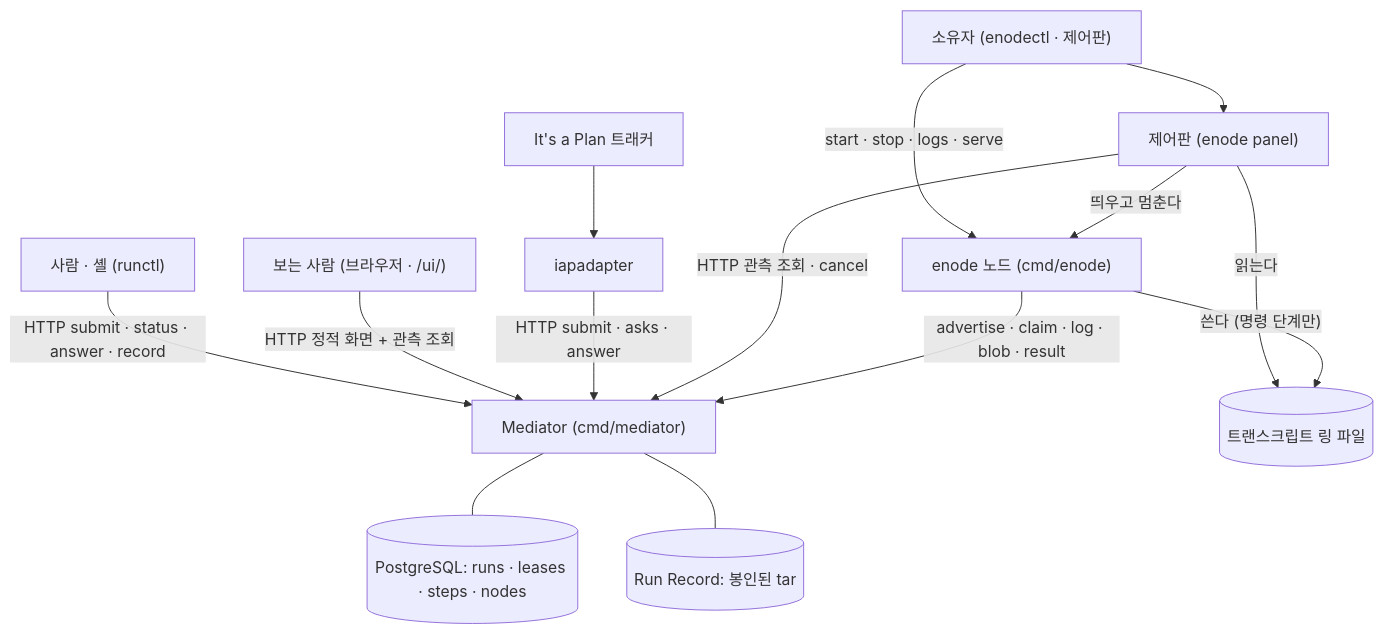
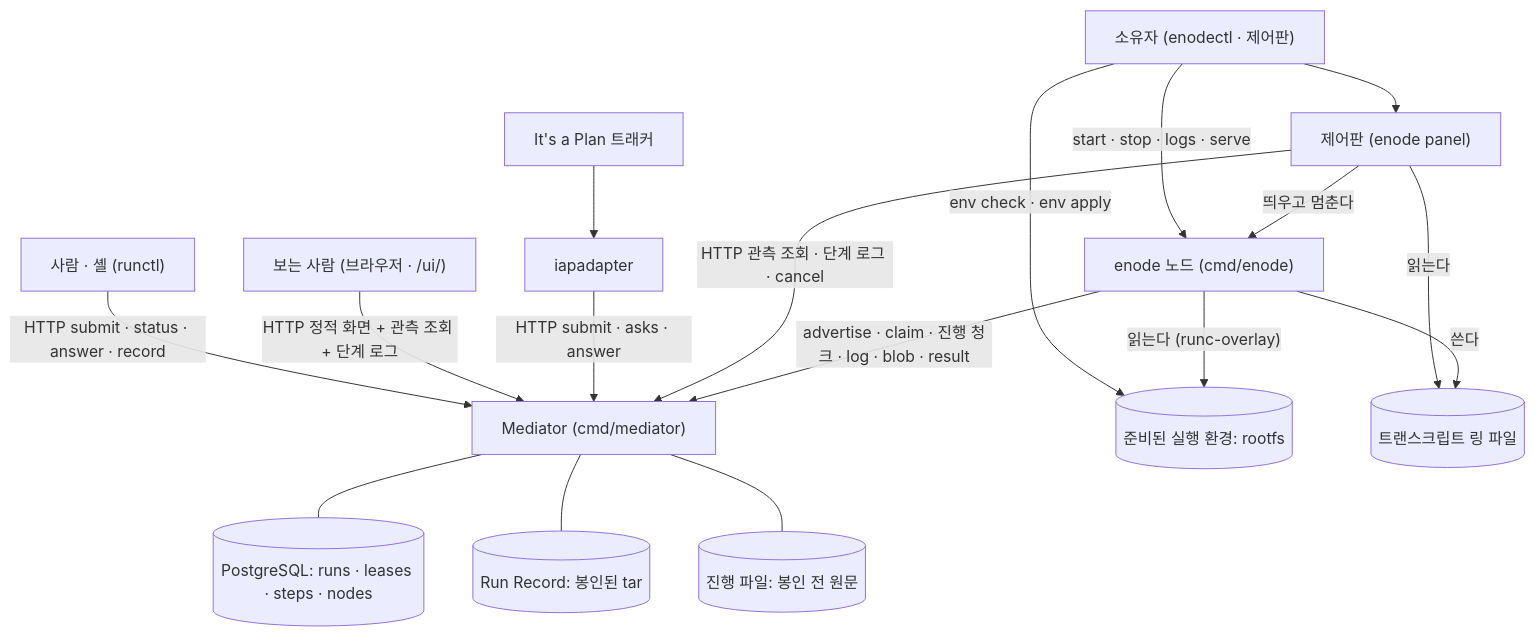
Before and after one commit to taeels/enode-fixup-project: the diagram in aidlc-docs/inception/reverse-engineering/business-overview.md, drawn with Mermaid. The commit also changed other lines of this file and 10 other files, not shown here.

````diff
--- a/aidlc-docs/inception/reverse-engineering/business-overview.md
+++ b/aidlc-docs/inception/reverse-engineering/business-overview.md
@@ -20,28 +20,33 @@
 ```mermaid
 graph TD
   human["사람 · 셸 (runctl)"]
   watcher["보는 사람 (브라우저 · /ui/)"]
   iap["It's a Plan 트래커"]
   adapter["iapadapter"]
   owner["소유자 (enodectl · 제어판)"]
   panel["제어판 (enode panel)"]
   med["Mediator (cmd/mediator)"]
   db[("PostgreSQL: runs · leases · steps · nodes")]
   rec[("Run Record: 봉인된 tar")]
+  prog[("진행 파일: 봉인 전 원문")]
   node["enode 노드 (cmd/enode)"]
+  envstore[("준비된 실행 환경: rootfs")]
   ring[("트랜스크립트 링 파일")]
 
   human -->|"HTTP submit · status · answer · record"| med
-  watcher -->|"HTTP 정적 화면 + 관측 조회"| med
+  watcher -->|"HTTP 정적 화면 + 관측 조회 + 단계 로그"| med
   iap --> adapter
   adapter -->|"HTTP submit · asks · answer"| med
+  owner -->|"env check · env apply"| envstore
   owner -->|"start · stop · logs · serve"| node
   owner --> panel
-  panel -->|"HTTP 관측 조회 · cancel"| med
+  panel -->|"HTTP 관측 조회 · 단계 로그 · cancel"| med
   panel -->|"읽는다"| ring
   panel -->|"띄우고 멈춘다"| node
-  node -->|"쓴다 (명령 단계만)"| ring
-  node -->|"advertise · claim · log · blob · result"| med
+  node -->|"쓴다"| ring
+  node -->|"읽는다 (runc-overlay)"| envstore
+  node -->|"advertise · claim · 진행 청크 · log · blob · result"| med
   med --- db
   med --- rec
+  med --- prog
 ```
````
